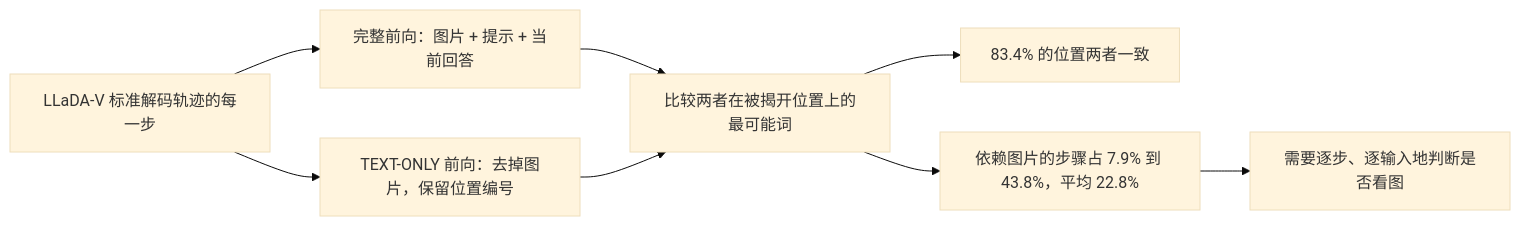
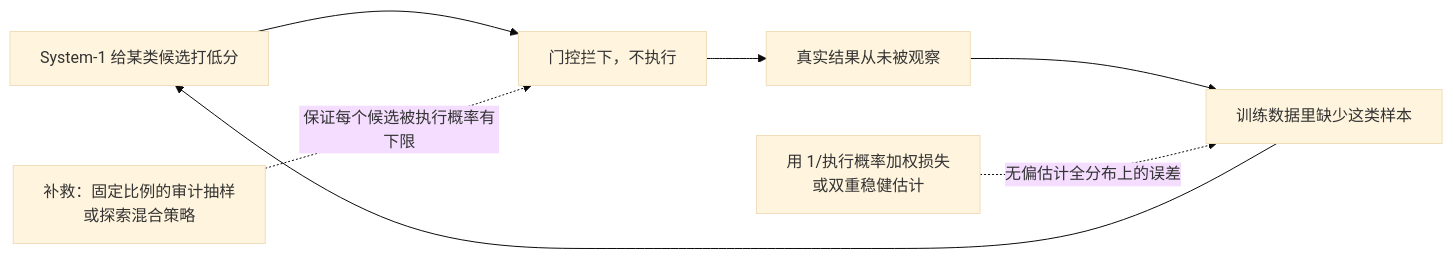
The fifth of 5 diagrams in docs/index.md (yingwang/paper-reads), drawn with Mermaid (base theme) before and after one commit. The commit also changed other lines of this file and 2 other files, not shown here.

First line of the commit message:
Add 2026-11-02-system1-gates-system2-conditional-interaction

````diff
--- a/docs/index.md
+++ b/docs/index.md
@@ -118,10 +255,9 @@
 ```mermaid
 flowchart LR
-    T["LLaDA-V 标准解码轨迹的每一步"] --> F["完整前向：图片 + 提示 + 当前回答"]
-    T --> O["TEXT-ONLY 前向：去掉图片，保留位置编号"]
-    F --> CMP["比较两者在被揭开位置上的最可能词"]
-    O --> CMP
-    CMP --> R1["83.4% 的位置两者一致"]
-    CMP --> R2["依赖图片的步骤占 7.9% 到 43.8%，平均 22.8%"]
-    R2 --> NEED["需要逐步、逐输入地判断是否看图"]
+    A["System-1 给某类候选打低分"] --> B["门控拦下，不执行"]
+    B --> C["真实结果从未被观察"]
+    C --> D["训练数据里缺少这类样本"]
+    D --> A
+    E["补救：固定比例的审计抽样<br/>或探索混合策略"] -.->|"保证每个候选被执行概率有下限"| B
+    F["用 1/执行概率加权损失<br/>或双重稳健估计"] -.->|"无偏估计全分布上的误差"| D
 ```
````
